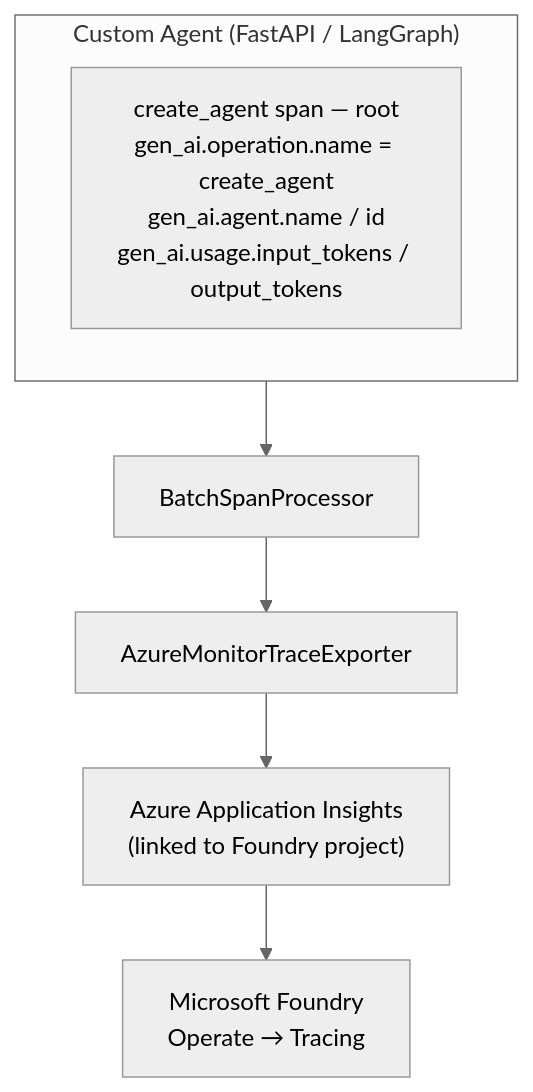
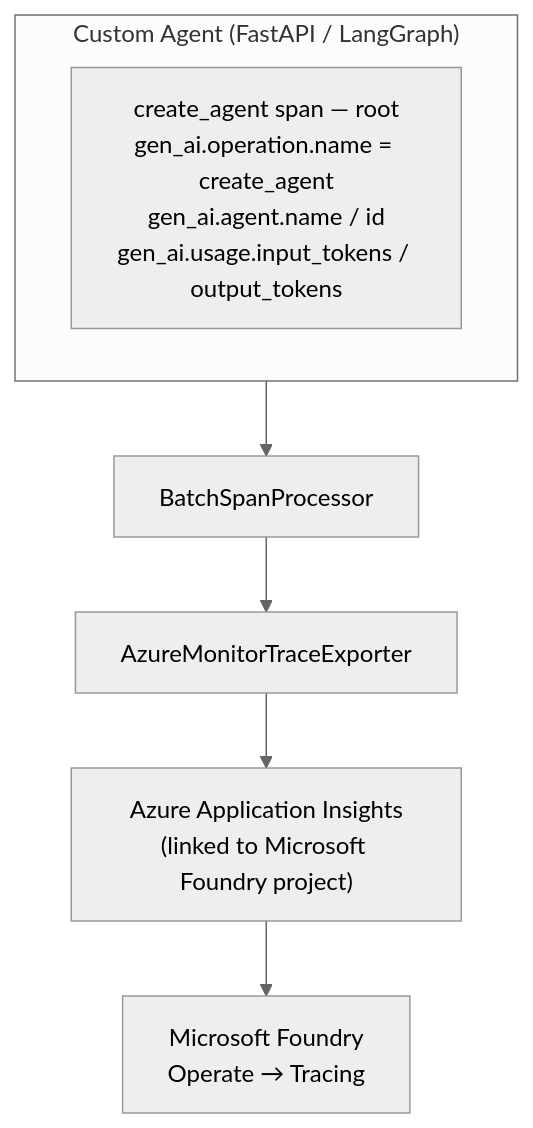
Before and after one commit to nicksangeorge/foundry-agent-eval-cicd: the fifth of 5 diagrams in architecture.md, drawn with Mermaid (neutral theme). The commit also changed other lines of this file and 8 other files, not shown here.

Commit message:
Rename all bare "Foundry" and "Azure AI Foundry" references to "Microsoft Foundry" across docs, comments, and test data

````diff
--- a/architecture.md
+++ b/architecture.md
@@ -193,11 +193,11 @@
 ```mermaid
 flowchart TD
     subgraph Agent["Custom Agent (FastAPI / LangGraph)"]
         RS["create_agent span — root<br/>gen_ai.operation.name = create_agent<br/>gen_ai.agent.name / id<br/>gen_ai.usage.input_tokens / output_tokens"]
     end
 
     Agent --> BSP[BatchSpanProcessor]
     BSP --> AME[AzureMonitorTraceExporter]
-    AME --> AI["Azure Application Insights<br/>(linked to Foundry project)"]
+    AME --> AI["Azure Application Insights<br/>(linked to Microsoft Foundry project)"]
     AI --> FT["Microsoft Foundry<br/>Operate → Tracing"]
 ```
````
